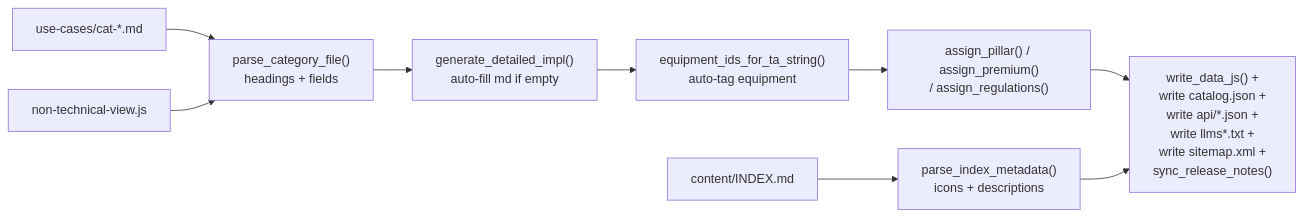
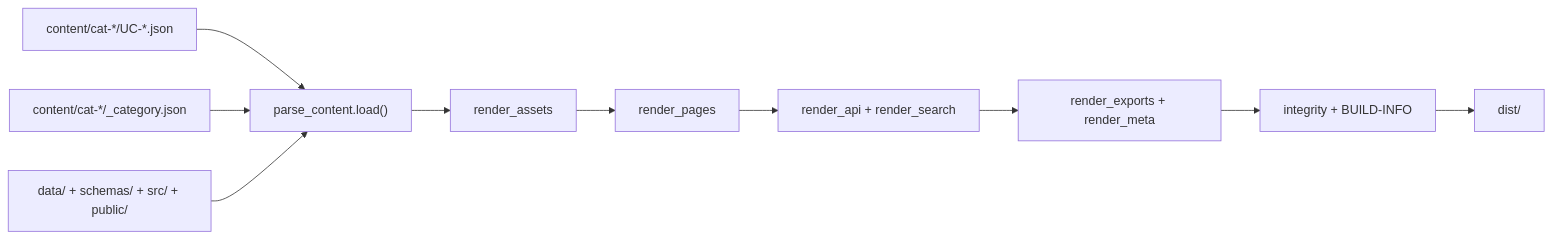
One commit to fenre/splunk-monitoring-use-cases changed the second of 4 diagrams in docs/DESIGN.md. Above: the diagram before and after it, drawn with Mermaid. The commit also changed other lines of this file and 50 other files, not shown here.

First line of the commit message:
chore: sync docs, scripts, workflows, and frontend assets

````diff
--- a/docs/DESIGN.md
+++ b/docs/DESIGN.md
@@ -305,18 +302,18 @@
 ```mermaid
 flowchart LR
-    in1["use-cases/cat-*.md"]
-    in2["content/INDEX.md"]
-    in3["non-technical-view.js"]
-    stage1["parse_category_file()<br/>headings + fields"]
-    stage2["parse_index_metadata()<br/>icons + descriptions"]
-    stage3["generate_detailed_impl()<br/>auto-fill md if empty"]
-    stage4["equipment_ids_for_ta_string()<br/>auto-tag equipment"]
-    stage5["assign_pillar() / assign_premium()<br/>/ assign_regulations()"]
-    stage6["write_data_js() +<br/>write catalog.json +<br/>write api/*.json +<br/>write llms*.txt +<br/>write sitemap.xml +<br/>sync_release_notes()"]
+    in1["content/cat-*/UC-*.json"]
+    in2["content/cat-*/_category.json"]
+    in3["data/ + schemas/ + src/ + public/"]
+    stage1["parse_content.load()"]
+    stage2["render_assets"]
+    stage3["render_pages"]
+    stage4["render_api + render_search"]
+    stage5["render_exports + render_meta"]
+    stage6["integrity + BUILD-INFO"]
+    dist["dist/"]
 
     in1 --> stage1
-    in2 --> stage2
+    in2 --> stage1
     in3 --> stage1
-    stage1 --> stage3 --> stage4 --> stage5 --> stage6
-    stage2 --> stage6
+    stage1 --> stage2 --> stage3 --> stage4 --> stage5 --> stage6 --> dist
 ```
````
